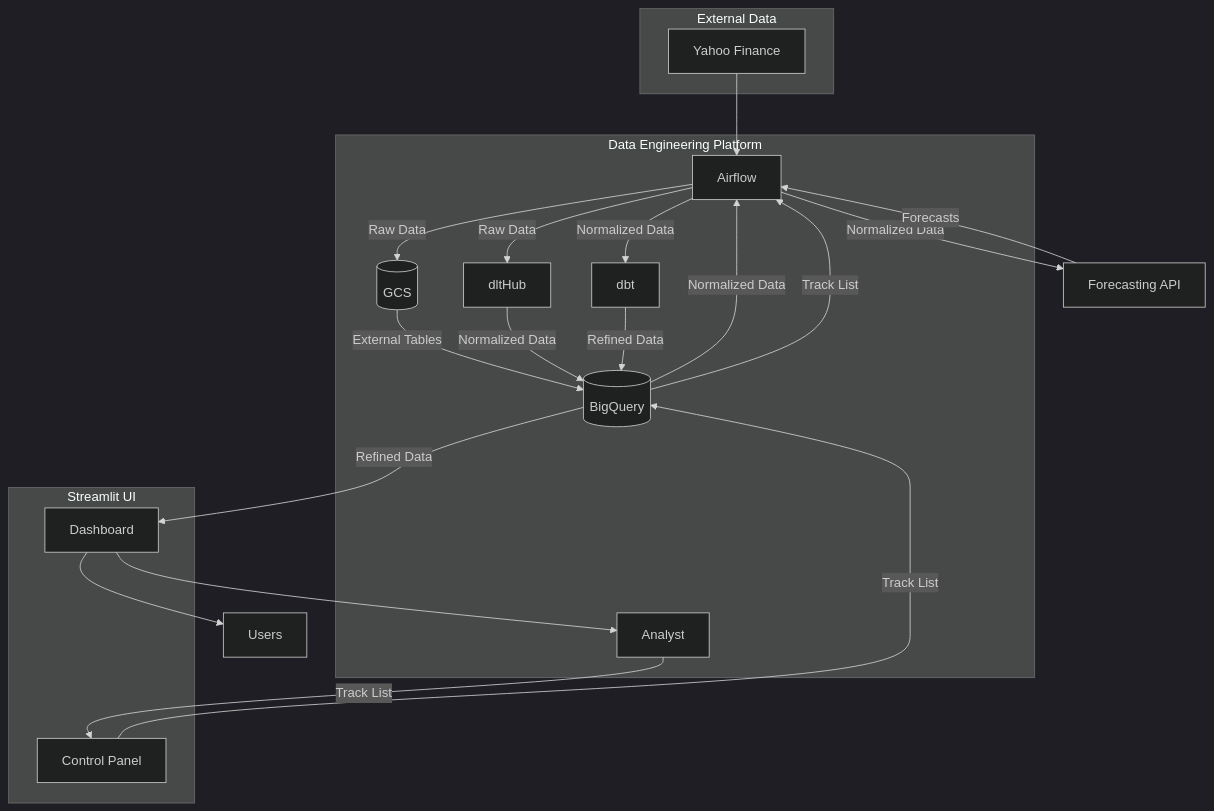
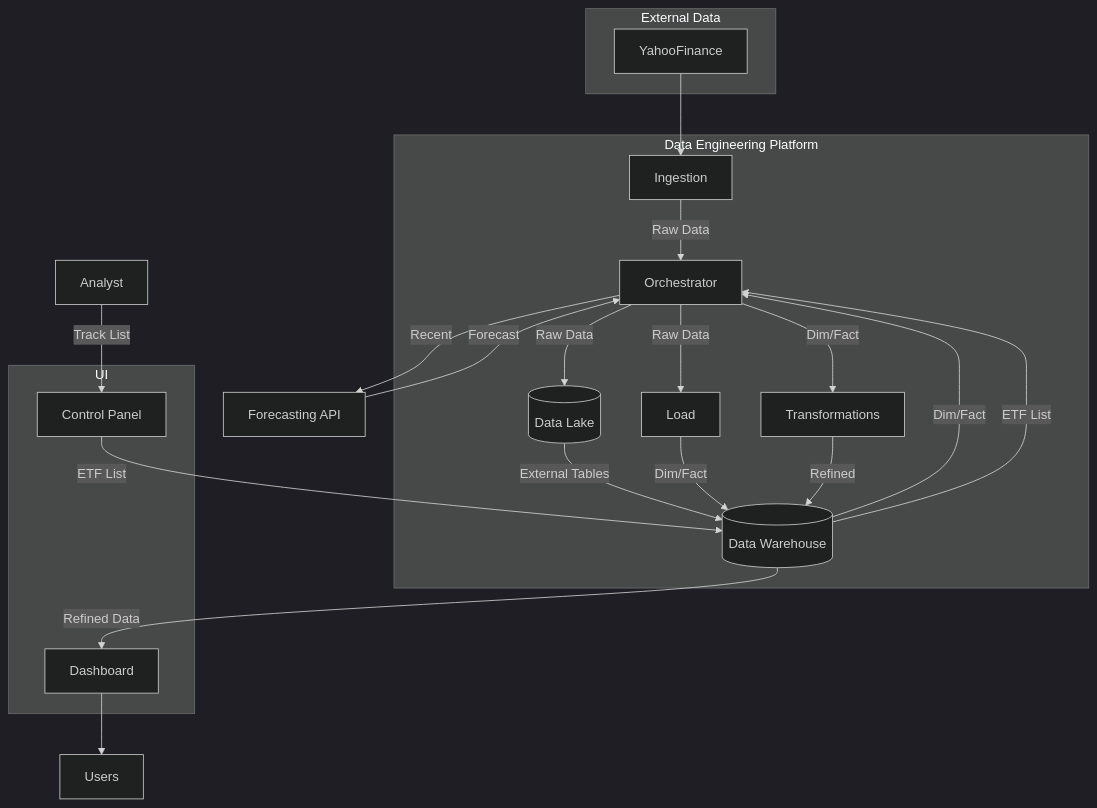
The second of 3 diagrams in README.md (OnurKerimoglu/stocks_analytics), drawn with Mermaid before and after one commit. The commit also changed other lines of this file, not shown here.

Commit message:
readme: fixed diagram; added warehouse ERD

````diff
--- a/README.md
+++ b/README.md
@@ -53,37 +53,38 @@
 ```mermaid
 ---
 config:
   layout: dagre
   look: classic
   theme: dark
 ---
 flowchart TB
  subgraph Ext["External Data"]
-        Yfinance["Yahoo Finance"]
+        Yfinance["YahooFinance"]
   end
  subgraph APl["Data Engineering Platform"]
-        Analyst["Analyst"]
-        Af["Airflow"]
-        dlt["dltHub"]
-        dbt["dbt"]
-        DL[("GCS")]
-        DWH[("BigQuery")]
+        Af["Orchestrator"]
+        extr["Ingestion"]
+        dlt["Load"]
+        dbt["Transformations"]
+        DL[("Data Lake")]
+        DWH[("Data Warehouse")]
   end
- subgraph Adashboard["Streamlit UI"]
+ subgraph Adashboard["UI"]
         CP["Control Panel"]
         ADashboard["Dashboard"]
   end
 RAPI[Forecasting API]    
-DWH -- Normalized Data --> Af
-DWH -- Track List --> Af
+DWH -- Dim/Fact --> Af
+DWH -- ETF List --> Af
 Af -- Raw Data --> DL -- External Tables --> DWH
-Af -- Raw Data --> dlt -- Normalized Data --> DWH
-Af -- Normalized Data --> dbt & RAPI
-dbt -- Refined Data --> DWH
-Yfinance --> Af
-RAPI -- Forecasts --> Af
+Af -- Raw Data --> dlt -- Dim/Fact --> DWH
+Af -- Dim/Fact --> dbt
+Af -- Recent --> RAPI
+dbt -- Refined --> DWH
+Yfinance --> extr -- Raw Data -->Af
+RAPI -- Forecast --> Af
 DWH -- Refined Data --> ADashboard
 Analyst -- Track List --> CP
-CP -- Track List --> DWH
-ADashboard --> Users["Users"] & Analyst
+CP -- ETF List --> DWH
+ADashboard --> Users["Users"]
 ```
````
